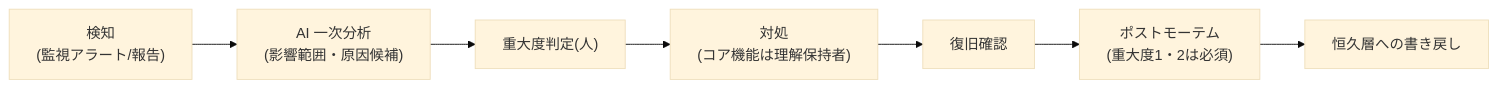
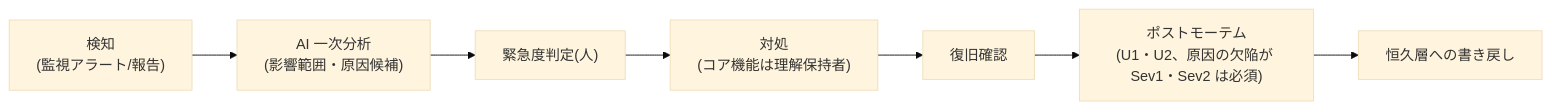
Before and after one commit to Takenori-Kusaka/process-compass: the diagram in src/content/docs/phase6-operation/incident-response.md, drawn with Mermaid (base theme). The commit also changed other lines of this file and 26 other files, not shown here.

````diff
--- a/src/content/docs/phase6-operation/incident-response.md
+++ b/src/content/docs/phase6-operation/incident-response.md
@@ -12,9 +12,9 @@
 ```mermaid
 graph LR
   A["検知<br>(監視アラート/報告)"] --> B["AI 一次分析<br>(影響範囲・原因候補)"]
-  B --> C["重大度判定(人)"]
+  B --> C["緊急度判定(人)"]
   C --> D["対処<br>(コア機能は理解保持者)"]
   D --> E["復旧確認"]
-  E --> F["ポストモーテム<br>(重大度1・2は必須)"]
+  E --> F["ポストモーテム<br>(U1・U2、原因の欠陥が Sev1・Sev2 は必須)"]
   F --> G["恒久層への書き戻し"]
 ```
````
